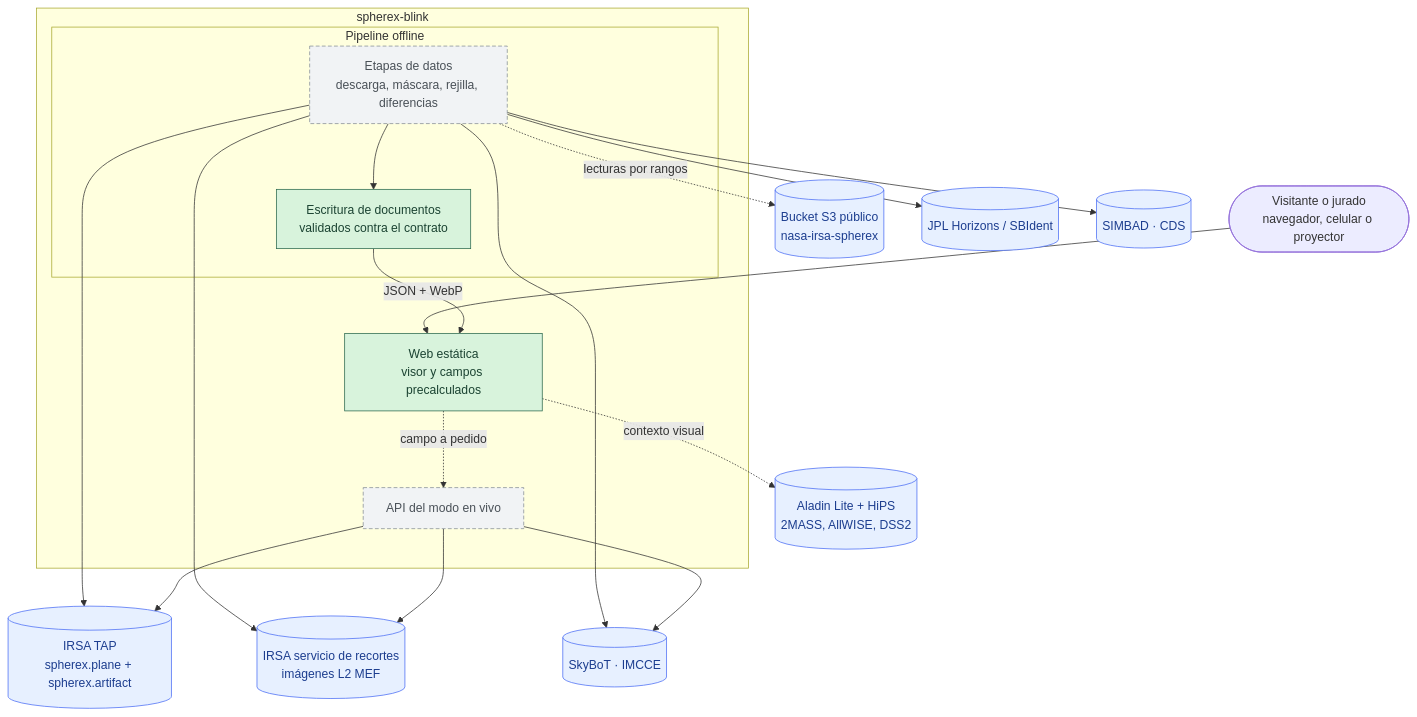
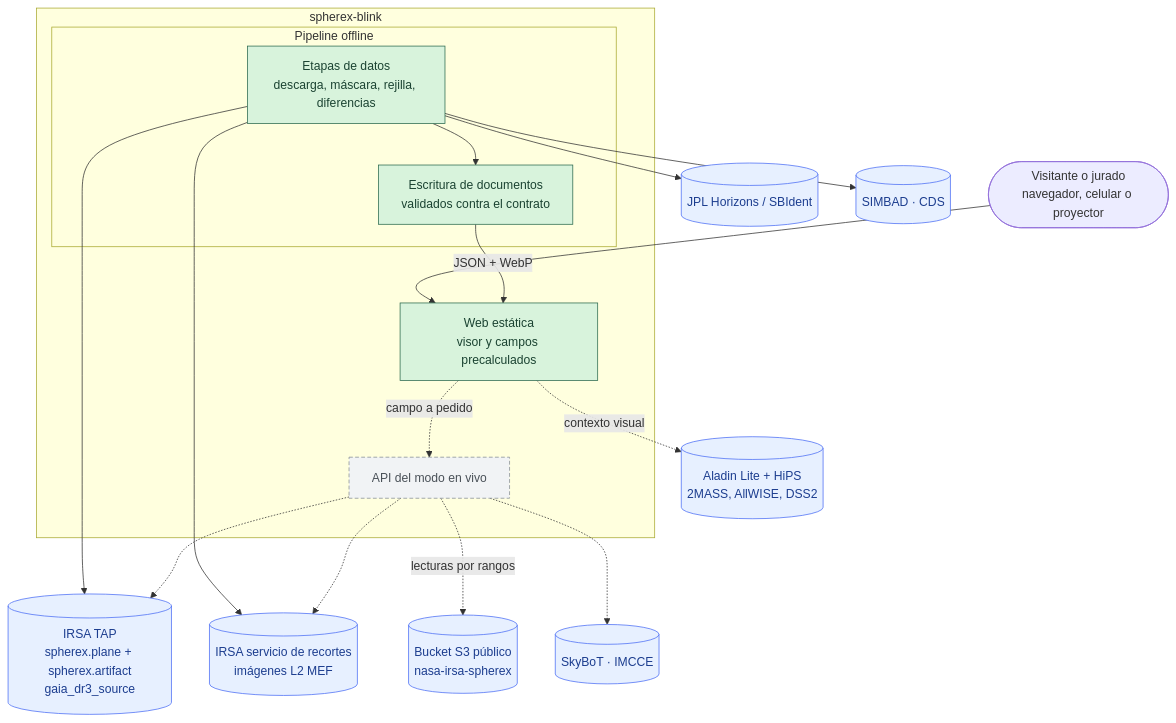
One commit to lautaromoreyraa/spherex-blink changed the second of 10 diagrams in README.md. Above: the diagram before and after it, drawn with Mermaid. The commit also changed other lines of this file, not shown here.

First line of the commit message:
RNF-12: Reescribe el README con el pipeline de datos real

````diff
--- a/README.md
+++ b/README.md
@@ -61,40 +63,39 @@
 ```mermaid
 flowchart TB
     usuario(["Visitante o jurado<br/>navegador, celular o proyector"])
 
     subgraph sistema["spherex-blink"]
         web["Web estática<br/>visor y campos precalculados"]:::hecho
         api["API del modo en vivo"]:::objetivo
         subgraph pipeline["Pipeline offline"]
-            etapas["Etapas de datos<br/>descarga, máscara, rejilla, diferencias"]:::objetivo
+            etapas["Etapas de datos<br/>descarga, máscara, rejilla, diferencias"]:::hecho
             escritura["Escritura de documentos<br/>validados contra el contrato"]:::hecho
         end
     end
 
-    tap[("IRSA TAP<br/>spherex.plane + spherex.artifact")]:::externo
+    tap[("IRSA TAP<br/>spherex.plane + spherex.artifact<br/>gaia_dr3_source")]:::externo
     recortes[("IRSA servicio de recortes<br/>imágenes L2 MEF")]:::externo
     s3[("Bucket S3 público<br/>nasa-irsa-spherex")]:::externo
     skybot[("SkyBoT · IMCCE")]:::externo
     jpl[("JPL Horizons / SBIdent")]:::externo
     simbad[("SIMBAD · CDS")]:::externo
     aladin[("Aladin Lite + HiPS<br/>2MASS, AllWISE, DSS2")]:::externo
 
     usuario --> web
     web -. "campo a pedido" .-> api
     web -. "contexto visual" .-> aladin
     etapas --> tap
     etapas --> recortes
-    etapas -. "lecturas por rangos" .-> s3
-    etapas --> skybot
+    api -. "lecturas por rangos" .-> s3
+    api -.-> skybot
     etapas --> jpl
     etapas --> simbad
-    api --> tap
-    api --> recortes
-    api --> skybot
+    api -.-> tap
+    api -.-> recortes
     etapas --> escritura
     escritura -- "JSON + WebP" --> web
 
     classDef hecho fill:#d8f3dc,stroke:#2d6a4f,color:#1b4332
     classDef objetivo fill:#f1f3f5,stroke:#868e96,stroke-dasharray:5 3,color:#495057
     classDef externo fill:#e7f0ff,stroke:#4c6ef5,color:#1c3d8f
 ```
````
